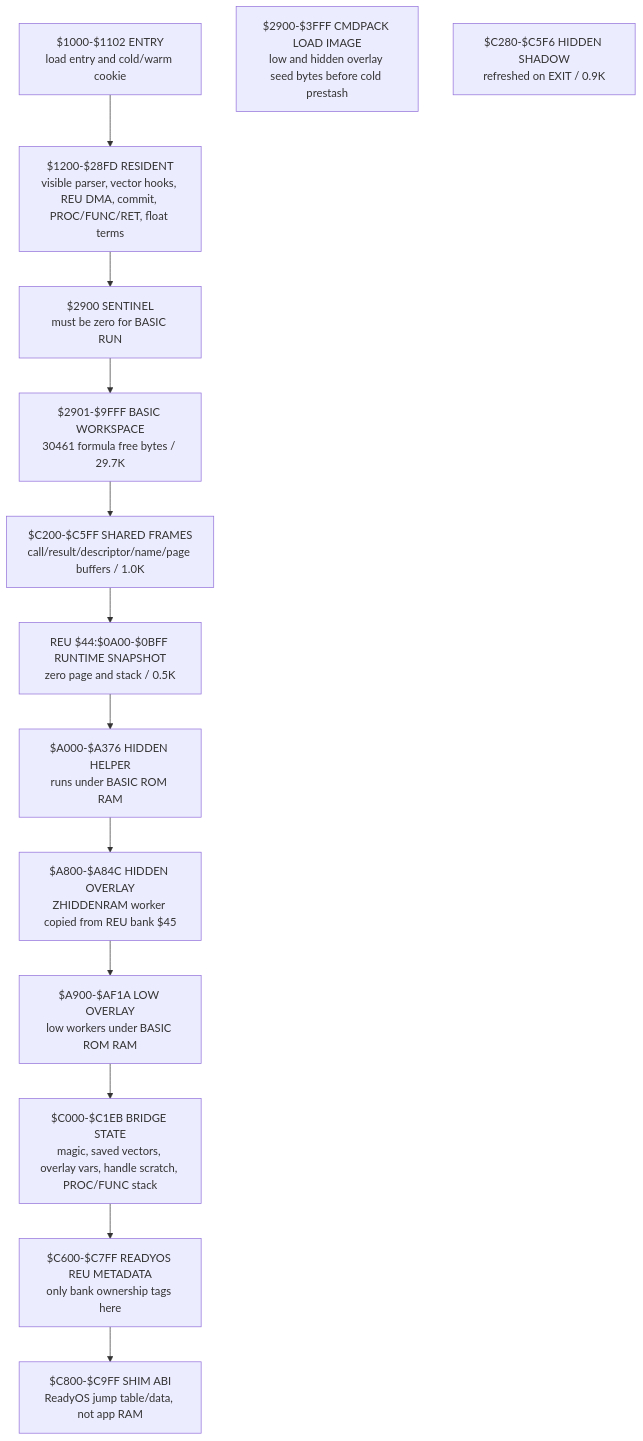
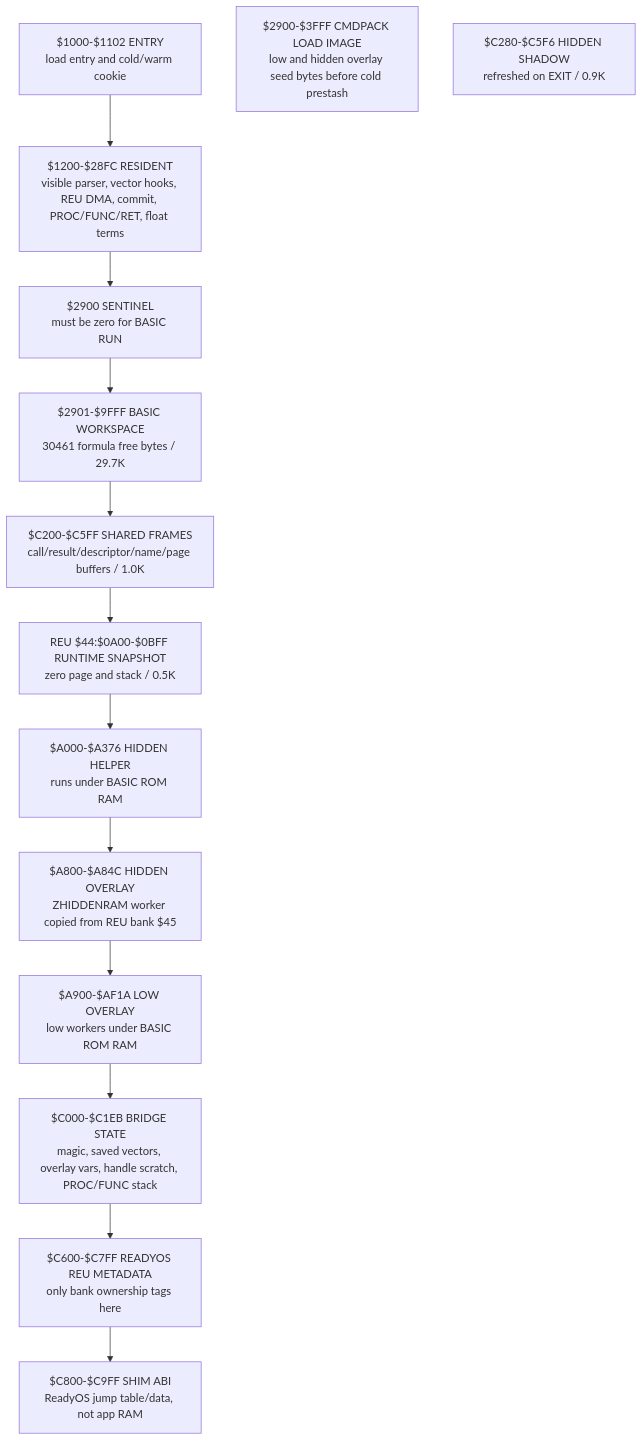
Before and after one commit to 123Onetwothree123/6502: the first of 8 diagrams in src/apps/readybasic/READYBASIC_LIFECYCLE_AND_REU_ARCHITECTURE.md, drawn with Mermaid. The commit also changed other lines of this file and 11 other files, not shown here.

````diff
--- a/src/apps/readybasic/READYBASIC_LIFECYCLE_AND_REU_ARCHITECTURE.md
+++ b/src/apps/readybasic/READYBASIC_LIFECYCLE_AND_REU_ARCHITECTURE.md
@@ -95,20 +95,20 @@
 ```mermaid
 flowchart TB
   A["$1000-$1102 ENTRY<br/>load entry and cold/warm cookie"]
-  B["$1200-$28FD RESIDENT<br/>visible parser, vector hooks, REU DMA, commit, PROC/FUNC/RET, float terms"]
+  B["$1200-$28FC RESIDENT<br/>visible parser, vector hooks, REU DMA, commit, PROC/FUNC/RET, float terms"]
   C["$2900 SENTINEL<br/>must be zero for BASIC RUN"]
   D["$2901-$9FFF BASIC WORKSPACE<br/>30461 formula free bytes / 29.7K"]
   E["$2900-$3FFF CMDPACK LOAD IMAGE<br/>low and hidden overlay seed bytes before cold prestash"]
   F["REU $44:$0A00-$0BFF RUNTIME SNAPSHOT<br/>zero page and stack / 0.5K"]
   G["$C200-$C5FF SHARED FRAMES<br/>call/result/descriptor/name/page buffers / 1.0K"]
   I["$C280-$C5F6 HIDDEN SHADOW<br/>refreshed on EXIT / 0.9K"]
   J["$A000-$A376 HIDDEN HELPER<br/>runs under BASIC ROM RAM"]
   K["$A800-$A84C HIDDEN OVERLAY<br/>ZHIDDENRAM worker copied from REU bank $45"]
   O["$A900-$AF1A LOW OVERLAY<br/>low workers under BASIC ROM RAM"]
   L["$C000-$C1EB BRIDGE STATE<br/>magic, saved vectors, overlay vars, handle scratch, PROC/FUNC stack"]
   M["$C600-$C7FF READYOS REU METADATA<br/>only bank ownership tags here"]
   N["$C800-$C9FF SHIM ABI<br/>ReadyOS jump table/data, not app RAM"]
 
   A --> B --> C --> D --> G
   G --> F --> J --> K --> O --> L --> M --> N
 ```
````
